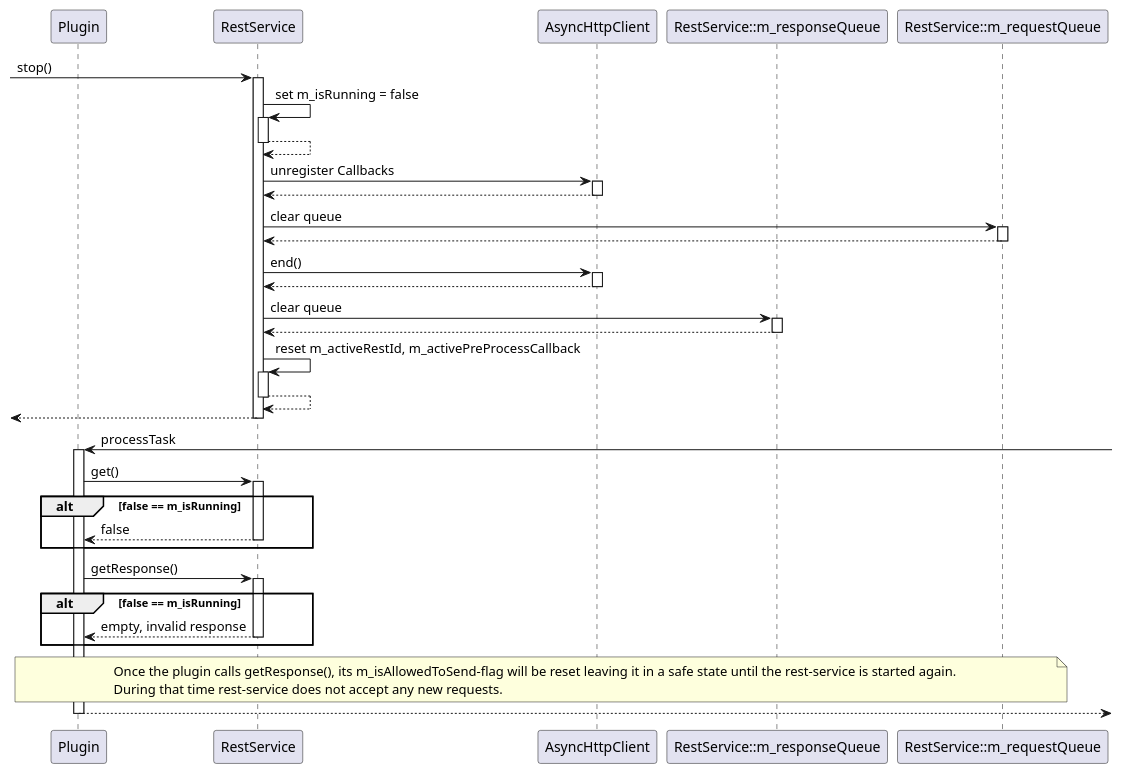
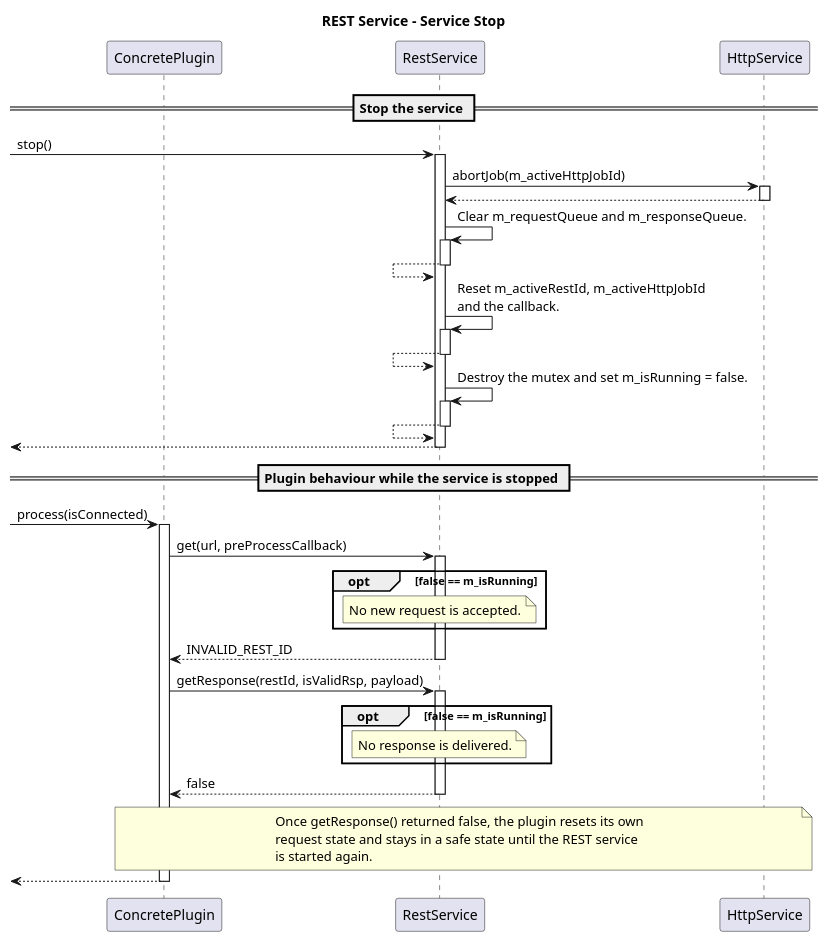
One commit to BlueAndi/Pixelix changed the diagram in doc/architecture/uml/rest_service_stop.wsd. Above: the diagram before and after it, drawn with PlantUML. The commit also changed 66 other files, not shown here.

Commit message:
SW architecture updated

```diff
--- a/doc/architecture/uml/rest_service_stop.wsd
+++ b/doc/architecture/uml/rest_service_stop.wsd
@@ -1,48 +1,60 @@
-@startuml RestServiceStopped
+@startuml rest_service_stop
 
-participant Plugin
-participant RestService
-participant AsyncHttpClient
-participant "RestService::m_responseQueue" as ResponseQ
-participant "RestService::m_requestQueue" as RequestQ
+title REST Service - Service Stop
+
+' UML 2.5.1: a combined fragment with a single operand and a guard is
+' "opt", not an "alt" without an else operand.
+
+participant "ConcretePlugin" as plugin
+participant "RestService" as restService
+participant "HttpService" as httpService
 
 autoactivate on
 
--> RestService: stop()
-    RestService -> RestService: set m_isRunning = false
-    return 
+== Stop the service ==
 
-    RestService -> AsyncHttpClient: unregister Callbacks
-    RestService <-- AsyncHttpClient
+-> restService: stop()
 
-    RestService -> RequestQ: clear queue
-    RestService <-- RequestQ
+    restService -> httpService: abortJob(m_activeHttpJobId)
+    restService <-- httpService
 
-    RestService -> AsyncHttpClient: end()
-    RestService <-- AsyncHttpClient
+    restService -> restService: Clear m_requestQueue and m_responseQueue.
+    restService <-- restService
 
-    RestService -> ResponseQ: clear queue
-    RestService <-- ResponseQ
+    restService -> restService: Reset m_activeRestId, m_activeHttpJobId\nand the callback.
+    restService <-- restService
 
-    RestService -> RestService: reset m_activeRestId, m_activePreProcessCallback
-    return
-<-- RestService
+    restService -> restService: Destroy the mutex and set m_isRunning = false.
+    restService <-- restService
 
-Plugin <- : processTask
-    Plugin -> RestService: get()
-        alt false == m_isRunning
-            Plugin <-- RestService: false 
-        end
-    
-    Plugin -> RestService: getResponse()
-        alt false == m_isRunning
-            Plugin <-- RestService: empty, invalid response
-        end
+<-- restService
 
-    note over Plugin, RequestQ
-        Once the plugin calls getResponse(), its m_isAllowedToSend-flag will be reset leaving it in a safe state until the rest-service is started again. 
-        During that time rest-service does not accept any new requests.
-    end note 
-Plugin -->
+== Plugin behaviour while the service is stopped ==
+
+-> plugin: process(isConnected)
+
+    plugin -> restService: get(url, preProcessCallback)
+        opt false == m_isRunning
+            note over restService
+                No new request is accepted.
+            end note
+        end opt
+    plugin <-- restService: INVALID_REST_ID
+
+    plugin -> restService: getResponse(restId, isValidRsp, payload)
+        opt false == m_isRunning
+            note over restService
+                No response is delivered.
+            end note
+        end opt
+    plugin <-- restService: false
+
+    note over plugin, httpService
+        Once getResponse() returned false, the plugin resets its own
+        request state and stays in a safe state until the REST service
+        is started again.
+    end note
+
+<-- plugin
 
 @enduml
```
